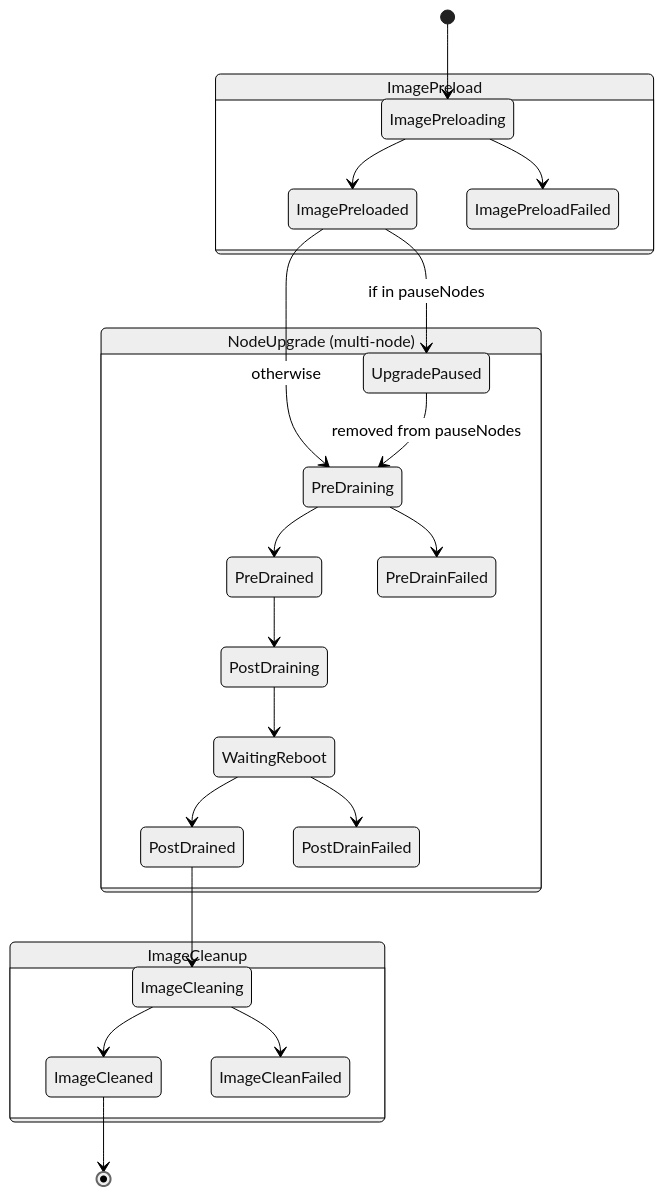
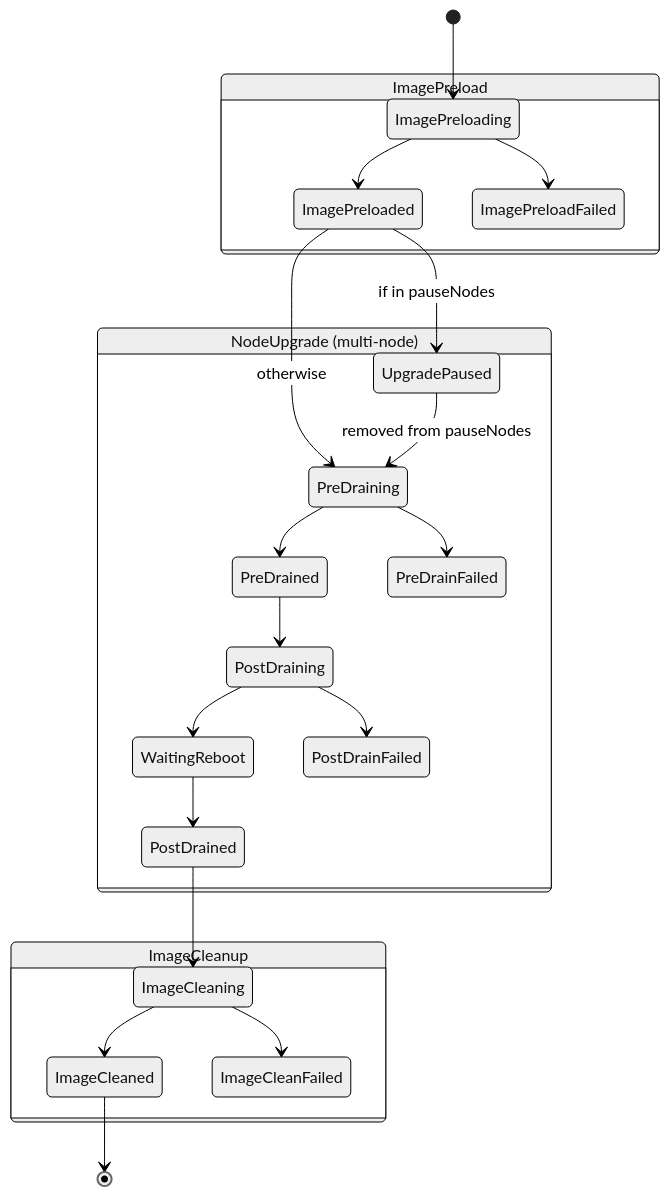
The second of 3 diagrams in README.md (harvester/upgrade-toolkit), drawn with Mermaid (neutral theme) before and after one commit. The commit also changed 2 other files, not shown here.

Commit message:
fix(upgradeplan): persist annotation changes during reconcile
The reconciler only checked for finalizer changes when deciding whether
to update UpgradePlan metadata. Annotations set by the pipeline (e.g.,
the original Longhorn replica-replenishment-wait-interval and the
descheduler-was-enabled flag) were never persisted to the API server.
This caused cleanup to skip restoring these settings after upgrade.

````diff
--- a/README.md
+++ b/README.md
@@ -337,31 +337,31 @@
 ```mermaid
 stateDiagram-v2
     [*] --> ImagePreloading
 
     state "ImagePreload" as ip {
         ImagePreloading --> ImagePreloaded
         ImagePreloading --> ImagePreloadFailed
     }
 
     ImagePreloaded --> UpgradePaused : if in pauseNodes
     ImagePreloaded --> PreDraining : otherwise
 
     state "NodeUpgrade (multi-node)" as nu {
         UpgradePaused --> PreDraining : removed from pauseNodes
         PreDraining --> PreDrained
         PreDraining --> PreDrainFailed
         PreDrained --> PostDraining
         PostDraining --> WaitingReboot
+        PostDraining --> PostDrainFailed
         WaitingReboot --> PostDrained
-        WaitingReboot --> PostDrainFailed
     }
 
     PostDrained --> ImageCleaning
 
     state "ImageCleanup" as ic {
         ImageCleaning --> ImageCleaned
         ImageCleaning --> ImageCleanFailed
     }
 
     ImageCleaned --> [*]
 ```
````
